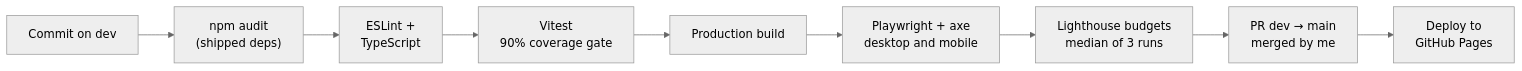
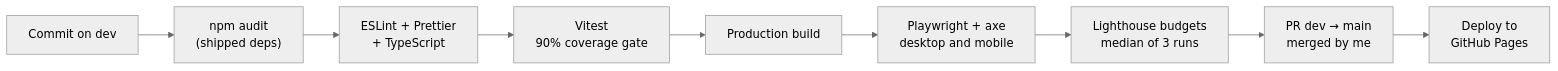
Before and after one commit to SzymonRojek/homepage: the second of 4 diagrams in README.md, drawn with Mermaid (neutral theme). The commit also changed other lines of this file and 1 other file, not shown here.

````diff
--- a/README.md
+++ b/README.md
@@ -61,11 +61,11 @@
 ```mermaid
 flowchart LR
   commit["Commit on dev"] --> audit["npm audit<br/>(shipped deps)"]
-  audit --> lint["ESLint +<br/>TypeScript"]
+  audit --> lint["ESLint + Prettier<br/>+ TypeScript"]
   lint --> unit["Vitest<br/>90% coverage gate"]
   unit --> build["Production build"]
   build --> e2e["Playwright + axe<br/>desktop and mobile"]
   e2e --> lh["Lighthouse budgets<br/>median of 3 runs"]
   lh --> pr["PR dev → main<br/>merged by me"]
   pr --> deploy["Deploy to<br/>GitHub Pages"]
 ```
````
